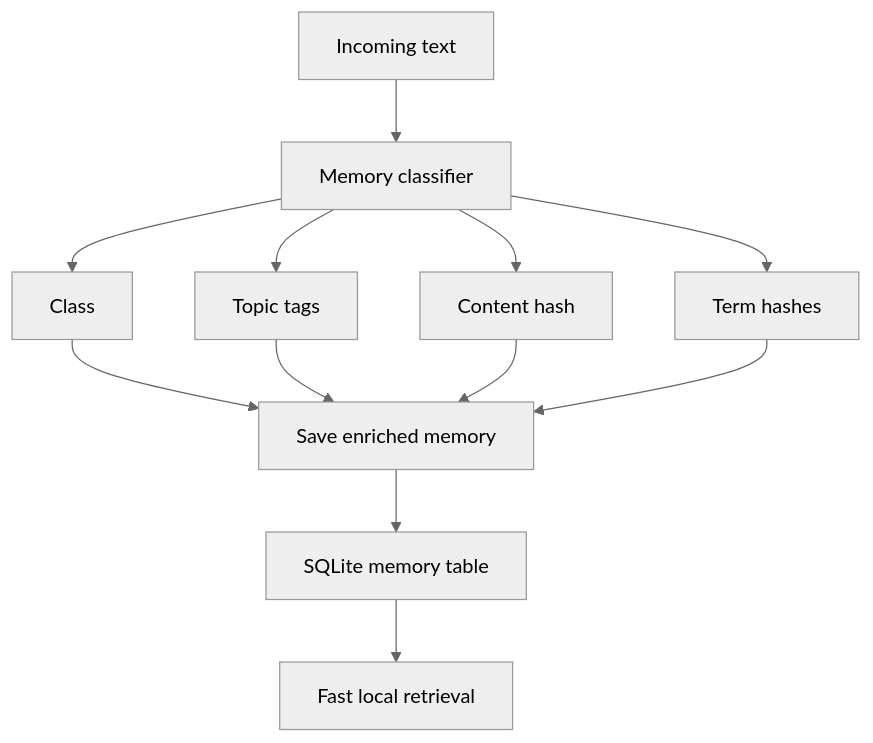
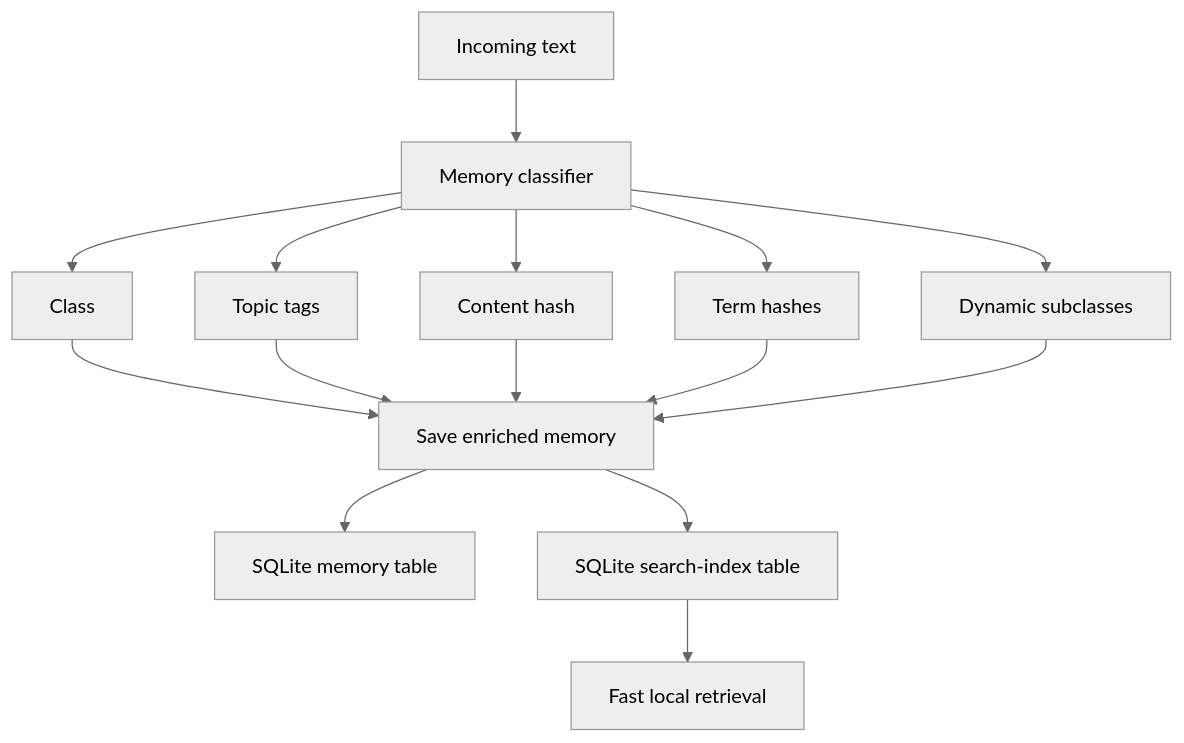
The first of 2 diagrams in docs/memory-history-classifier.md (amaansyed27/live-runtime), drawn with Mermaid (neutral theme) before and after one commit. The commit also changed other lines of this file, not shown here.

Commit message:
Document DB search expansion and classifier evaluation

````diff
--- a/docs/memory-history-classifier.md
+++ b/docs/memory-history-classifier.md
@@ -7,14 +7,17 @@
 ```mermaid
 flowchart TD
     A[Incoming text] --> B[Memory classifier]
     B --> C[Class]
     B --> D[Topic tags]
     B --> E[Content hash]
     B --> F[Term hashes]
-    C --> G[Save enriched memory]
-    D --> G
-    E --> G
-    F --> G
-    G --> H[SQLite memory table]
-    H --> I[Fast local retrieval]
+    B --> G[Dynamic subclasses]
+    C --> H[Save enriched memory]
+    D --> H
+    E --> H
+    F --> H
+    G --> H
+    H --> I[SQLite memory table]
+    H --> J[SQLite search-index table]
+    J --> K[Fast local retrieval]
 ```
````
